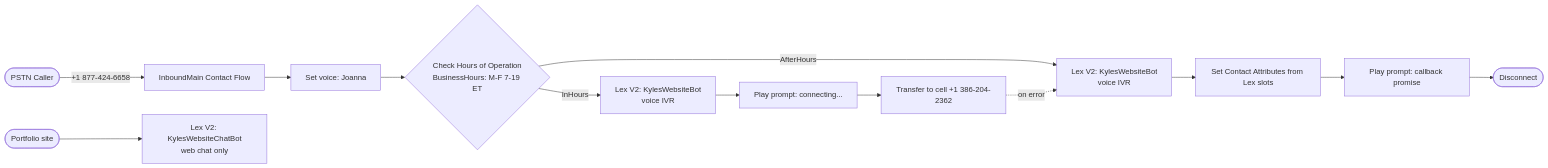
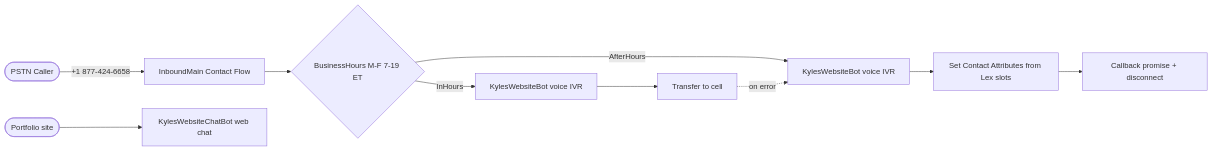
One commit to KHamwey/terraform-aws-connect-callcenter changed the diagram in README.md. Above: the diagram before and after it, drawn with Mermaid. The commit also changed other lines of this file, not shown here.

Commit message:
Roadmap update

````diff
--- a/README.md
+++ b/README.md
@@ -9,16 +9,13 @@
 ```mermaid
 flowchart LR
     Caller([PSTN Caller]) -->|"+1 877-424-6658"| Flow[InboundMain Contact Flow]
-    Flow --> Voice[Set voice: Joanna]
-    Voice --> Hours{"Check Hours of Operation<br/>BusinessHours: M-F 7-19 ET"}
-    Hours -->|InHours| LexA[Lex V2: KylesWebsiteBot<br/>voice IVR]
-    LexA --> Greet[Play prompt: connecting...]
-    Greet --> Transfer[Transfer to cell +1 386-204-2362]
-    Hours -->|AfterHours| LexB[Lex V2: KylesWebsiteBot<br/>voice IVR]
+    Flow --> Hours{"BusinessHours M-F 7-19 ET"}
+    Hours -->|InHours| LexA[KylesWebsiteBot voice IVR]
+    LexA --> Transfer[Transfer to cell]
+    Hours -->|AfterHours| LexB[KylesWebsiteBot voice IVR]
     LexB --> Attrs[Set Contact Attributes from Lex slots]
-    Attrs --> Bye[Play prompt: callback promise]
-    Bye --> End([Disconnect])
+    Attrs --> Bye[Callback promise + disconnect]
     Transfer -.->|on error| LexB
 
-    Site([Portfolio site]) --> ChatLex[Lex V2: KylesWebsiteChatBot<br/>web chat only]
+    Site([Portfolio site]) --> ChatLex[KylesWebsiteChatBot web chat]
 ```
````
